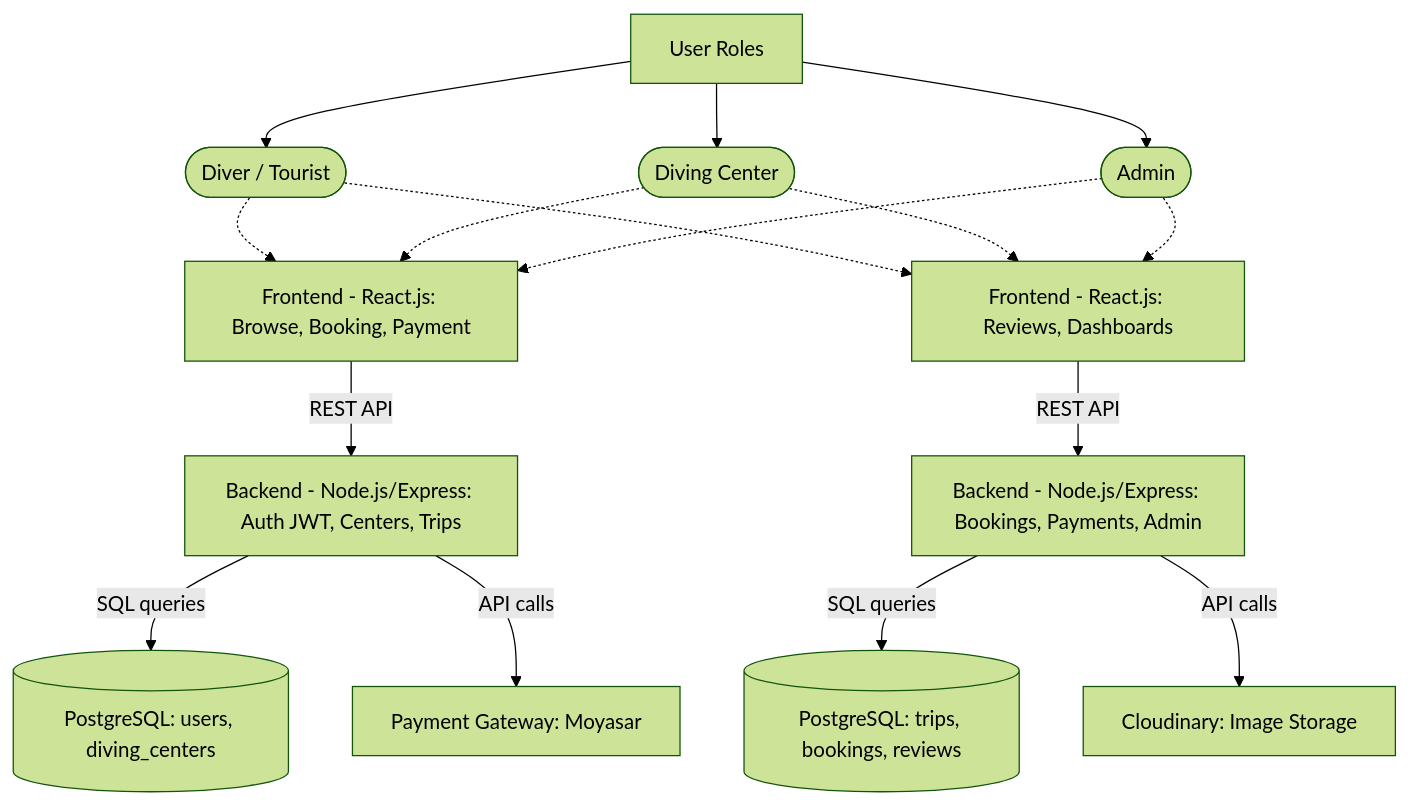
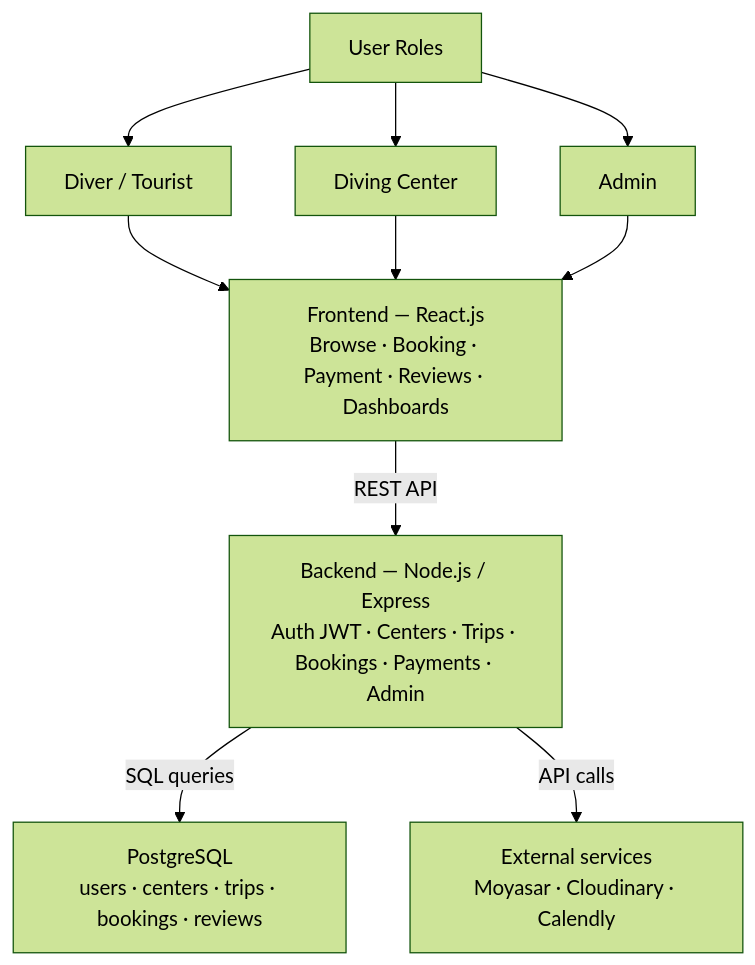
Before and after one commit to laradreamer79/Portfolio-Project: the first of 6 diagrams in Stage 3/README.md, drawn with Mermaid (forest theme).

Commit message:
sync: update Stage 3 architecture diagram to match main branch

````diff
--- a/Stage 3/README.md
+++ b/Stage 3/README.md
@@ -81,33 +81,29 @@
 ```mermaid
 flowchart TB
     Roles[User Roles]
 
-    Roles --> actor1([Diver / Tourist])
-    Roles --> actor2([Diving Center])
-    Roles --> actor3([Admin])
+    Roles --> actor1[Diver / Tourist]
+    Roles --> actor2[Diving Center]
+    Roles --> actor3[Admin]
 
-    F1[Frontend - React.js: Browse, Booking, Payment]
-    F2[Frontend - React.js: Reviews, Dashboards]
-    B1[Backend - Node.js/Express: Auth JWT, Centers, Trips]
-    B2[Backend - Node.js/Express: Bookings, Payments, Admin]
-    D1[(PostgreSQL: users, diving_centers)]
-    D2[(PostgreSQL: trips, bookings, reviews)]
-    E1[Payment Gateway: Moyasar]
-    E2[Cloudinary: Image Storage]
+    actor1 --> FE
+    actor2 --> FE
+    actor3 --> FE
 
-    actor1 -.-> F1
-    actor1 -.-> F2
-    actor2 -.-> F1
-    actor2 -.-> F2
-    actor3 -.-> F1
-    actor3 -.-> F2
+    FE["Frontend — React.js
+Browse · Booking · Payment · Reviews · Dashboards"]
 
-    F1 -->|REST API| B1
-    F2 -->|REST API| B2
+    FE -->|REST API| BE
 
-    B1 -->|SQL queries| D1
-    B2 -->|SQL queries| D2
+    BE["Backend — Node.js / Express
+Auth JWT · Centers · Trips · Bookings · Payments · Admin"]
 
-    B1 -->|API calls| E1
-    B2 -->|API calls| E2
+    BE -->|SQL queries| DB
+    BE -->|API calls| EXT
+
+    DB["PostgreSQL
+users · centers · trips · bookings · reviews"]
+
+    EXT["External services
+Moyasar · Cloudinary · Calendly"]
 ```
````
